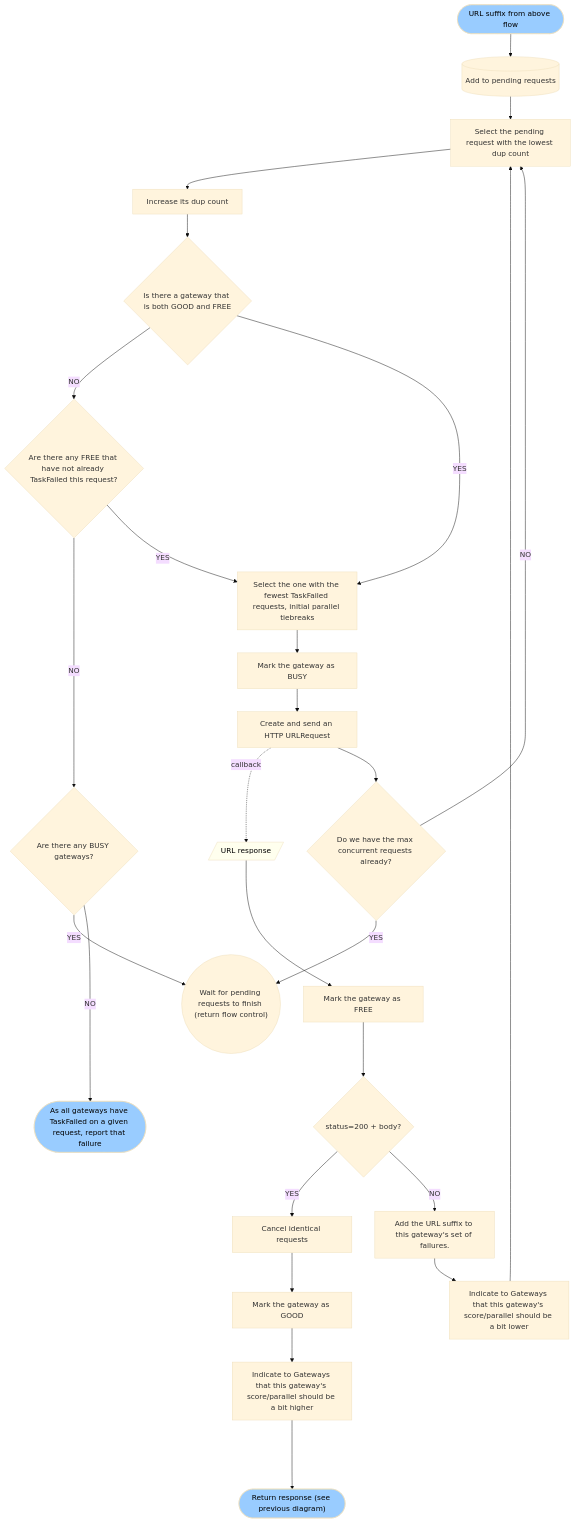
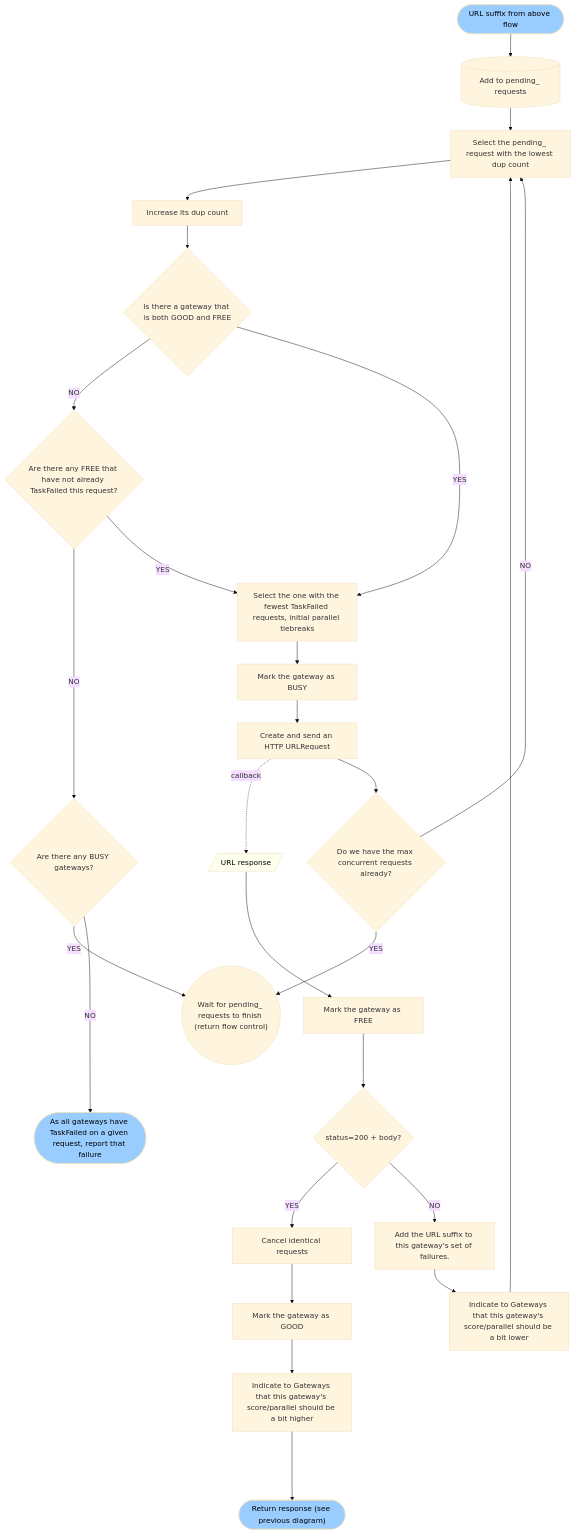
Before and after one commit to little-bear-labs/ipfs-chromium: the second of 3 diagrams in doc/original_design.md, drawn with Mermaid (base theme). The commit also changed 96 other files, not shown here.

````diff
--- a/doc/original_design.md
+++ b/doc/original_design.md
@@ -84,27 +84,27 @@
 ```mermaid
 graph TD;
-    start(["URL suffix from above flow"]) --> add[("Add to pending requests")]
+    start(["URL suffix from above flow"]) --> add[("Add to pending_ requests")]
     style start fill:#9CF,color:black
-    add --> selreq["Select the pending request with the lowest dup count"] --> incdup["Increase its dup count"] 
+    add --> selreq["Select the pending_ request with the lowest dup count"] --> incdup["Increase its dup count"] 
     incdup --> goodfree{"Is there a gateway that is both GOOD and FREE"} 
     goodfree --NO--> badfree{"Are there any FREE that have not already TaskFailed this request?"} 
     badfree --NO--> anybusy{"Are there any BUSY gateways?"} 
-    anybusy --YES--> wait(("Wait for pending requests to finish (return flow control)"))
+    anybusy --YES--> wait(("Wait for pending_ requests to finish (return flow control)"))
     badfree --YES--> selbf["Select the one with the fewest TaskFailed requests, initial parallel tiebreaks"] 
     selbf --> mark_busy["Mark the gateway as BUSY"]
     goodfree --YES--> selbf
     mark_busy --> send["Create and send an HTTP URLRequest"]
     send -.callback.-> resp
     send --> conc{"Do we have the max concurrent requests already?"} --NO--> selreq
     conc --YES--> wait
     resp[/"URL response"/] --> markfree["Mark the gateway as FREE"] --> success{"status=200 + body?"} 
     style resp fill:#FFE,color:black
     success --YES--> cancel["Cancel identical requests"] --> markgood["Mark the gateway as GOOD"] 
     markgood --> incprio["Indicate to Gateways that this gateway's score/parallel should be a bit higher"] 
     incprio ----> successed(["Return response (see previous diagram)"])
     style successed fill:#9CF,color:black
     success --NO--> addbad["Add the URL suffix to this gateway's set of failures."] 
     addbad --> decprio[Indicate to Gateways that this gateway's score/parallel should be a bit lower] --> selreq
     anybusy --NO---> all_failed(["As all gateways have TaskFailed on a given request, report that failure"])
     style all_failed fill:#9CF,color:black
  ```
````
